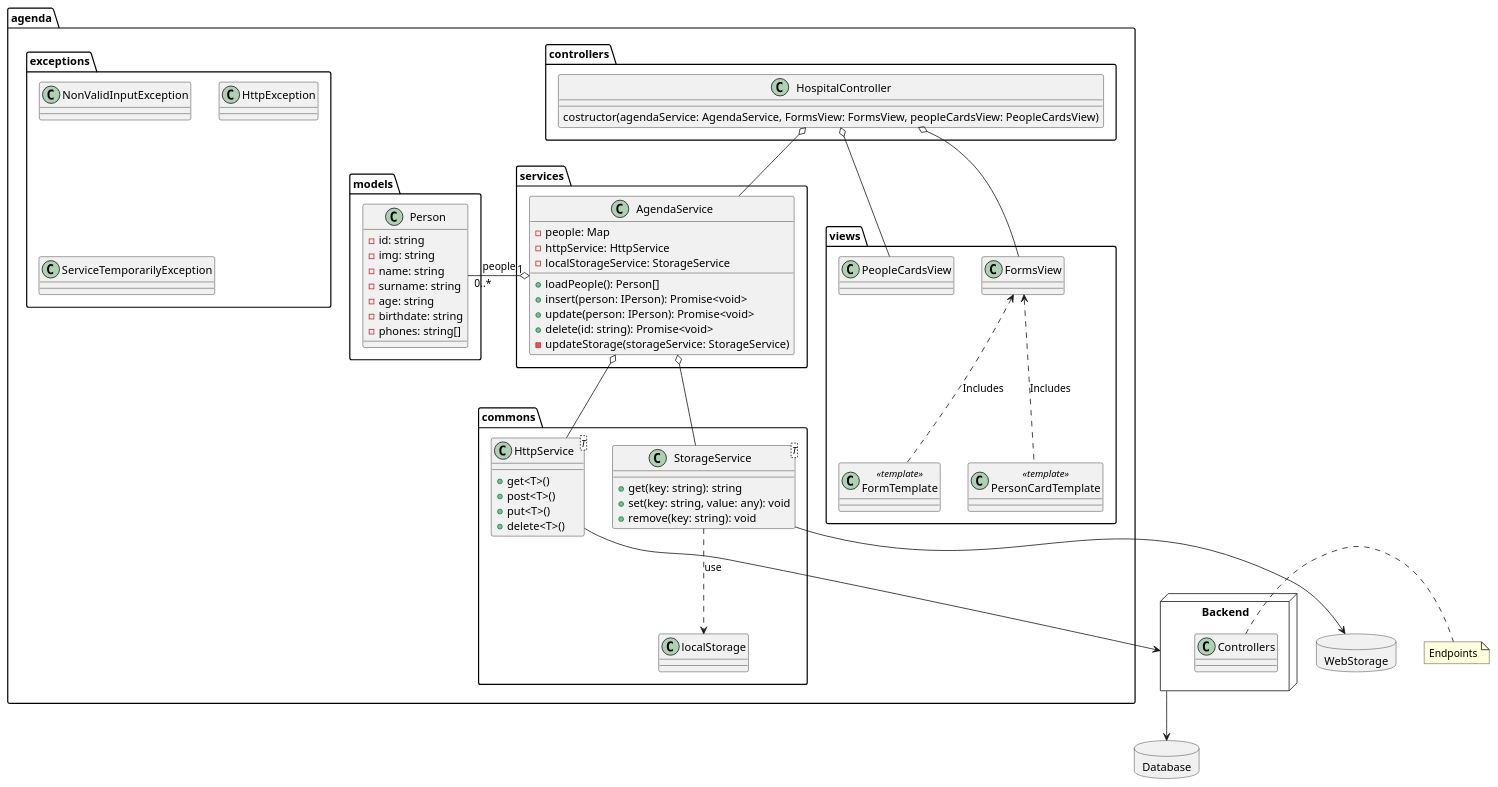
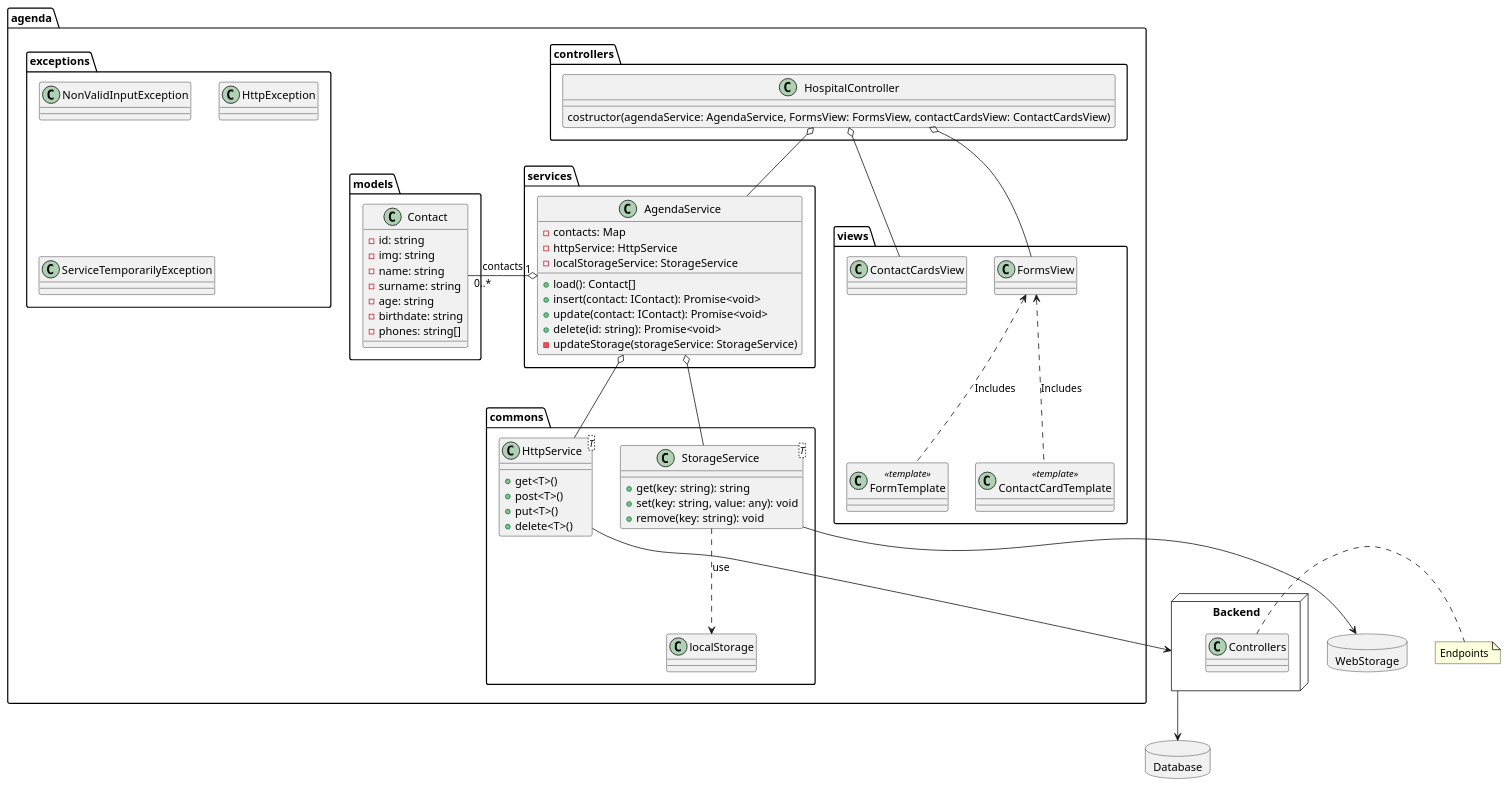
The diagram in docs/uml/agenda.puml (raulwwq0/Agenda-TypeScript), drawn with PlantUML before and after one commit. The commit also changed 13 other files, not shown here.

Commit message:
refactor(apps/client): use term 'contact' instead of 'person'

```diff
--- a/docs/uml/agenda.puml
+++ b/docs/uml/agenda.puml
@@ -1,102 +1,102 @@
 @startuml Agenda
 
 package Database <<Database>> {
 
 }
 node Backend {
     class Controllers{}
 }
 note right: Endpoints
 
 Backend --> Database
 
 package agenda {
     
 
     package commons {
 
       class HttpService<T>{
           + get<T>()
           + post<T>()
           + put<T>()
           + delete<T>()
       }
 
       class StorageService<T> {
           + get(key: string): string
           + set(key: string, value: any): void
           + remove(key: string): void
       }
 
       StorageService -[dashed]-> localStorage: "use"
 
     }
 
     package services {
         class AgendaService {
               
-            - people: Map
+            - contacts: Map
             - httpService: HttpService
             - localStorageService: StorageService
-            + loadPeople(): Person[]
-            + insert(person: IPerson): Promise<void>
-            + update(person: IPerson): Promise<void>
+            + load(): Contact[]
+            + insert(contact: IContact): Promise<void>
+            + update(contact: IContact): Promise<void>
             + delete(id: string): Promise<void>
             - updateStorage(storageService: StorageService)
         }
 
         AgendaService o-- HttpService
         AgendaService o-- StorageService
 
   
     }   
     
     package views {
-        class PeopleCardsView{}
+        class ContactCardsView{}
         class FormsView{}
         class FormTemplate<<template>> {}
-        class PersonCardTemplate<<template>> {}
+        class ContactCardTemplate<<template>> {}
 
         FormsView <.. FormTemplate: "Includes"
-        FormsView <.. PersonCardTemplate: "Includes"
+        FormsView <.. ContactCardTemplate: "Includes"
     }
     package controllers {
         class HospitalController {
-            costructor(agendaService: AgendaService, FormsView: FormsView, peopleCardsView: PeopleCardsView)
+            costructor(agendaService: AgendaService, FormsView: FormsView, contactCardsView: ContactCardsView)
 
         }
 
         HospitalController o-- AgendaService
         HospitalController o-- FormsView 
-        HospitalController o-- PeopleCardsView
+        HospitalController o-- ContactCardsView
     }
     package models {       
 
-        class Person {
+        class Contact {
             - id: string
             - img: string
             - name: string
             - surname: string
             - age: string
             - birthdate: string
             - phones: string[]
         }
 
 
-        AgendaService "1" o- "0..*" Person : people
+        AgendaService "1" o- "0..*" Contact : contacts
     }
     package exceptions {
        class NonValidInputException{}
        class HttpException{}
        class ServiceTemporarilyException{}
     }
 
 }
 
     package WebStorage <<Database>> {
         
     }
 
     StorageService --> WebStorage
     HttpService --> Backend
 @enduml
```
